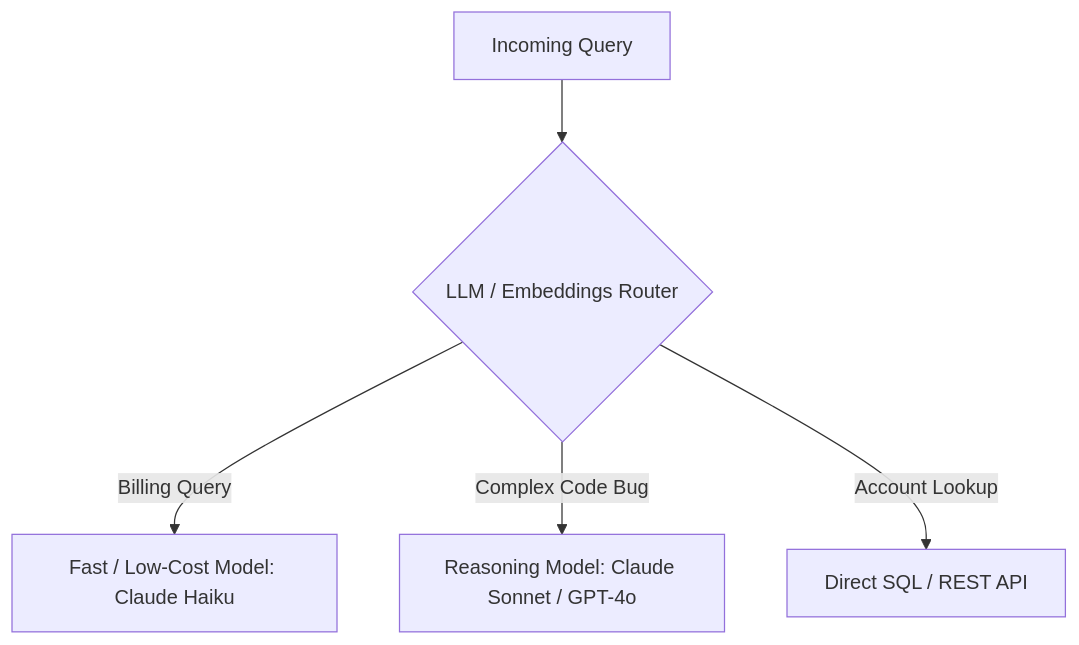
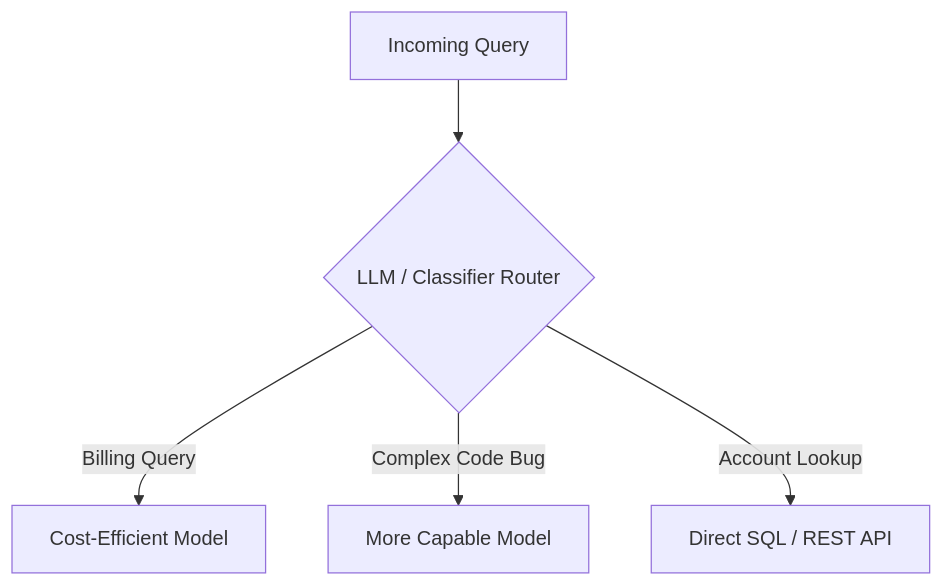
Before and after one commit to sivaskm/agentic-ai-engineering: the seventh of 14 diagrams in module-01-agentic-ai-foundations/content/01-from-generative-ai-to-agentic-control-loops.md, drawn with Mermaid. The commit also changed other lines of this file and 8 other files, not shown here.

````diff
--- a/module-01-agentic-ai-foundations/content/01-from-generative-ai-to-agentic-control-loops.md
+++ b/module-01-agentic-ai-foundations/content/01-from-generative-ai-to-agentic-control-loops.md
@@ -247,7 +272,7 @@
 ```mermaid
 flowchart TD
-    Input[Incoming Query] --> Classifier{LLM / Embeddings Router}
-    Classifier -->|Billing Query| FastModel[Fast / Low-Cost Model: Claude Haiku]
-    Classifier -->|Complex Code Bug| HeavyModel[Reasoning Model: Claude Sonnet / GPT-4o]
+    Input[Incoming Query] --> Classifier{LLM / Classifier Router}
+    Classifier -->|Billing Query| FastModel[Cost-Efficient Model]
+    Classifier -->|Complex Code Bug| HeavyModel[More Capable Model]
     Classifier -->|Account Lookup| DeterministicAPI[Direct SQL / REST API]
 ```
````
